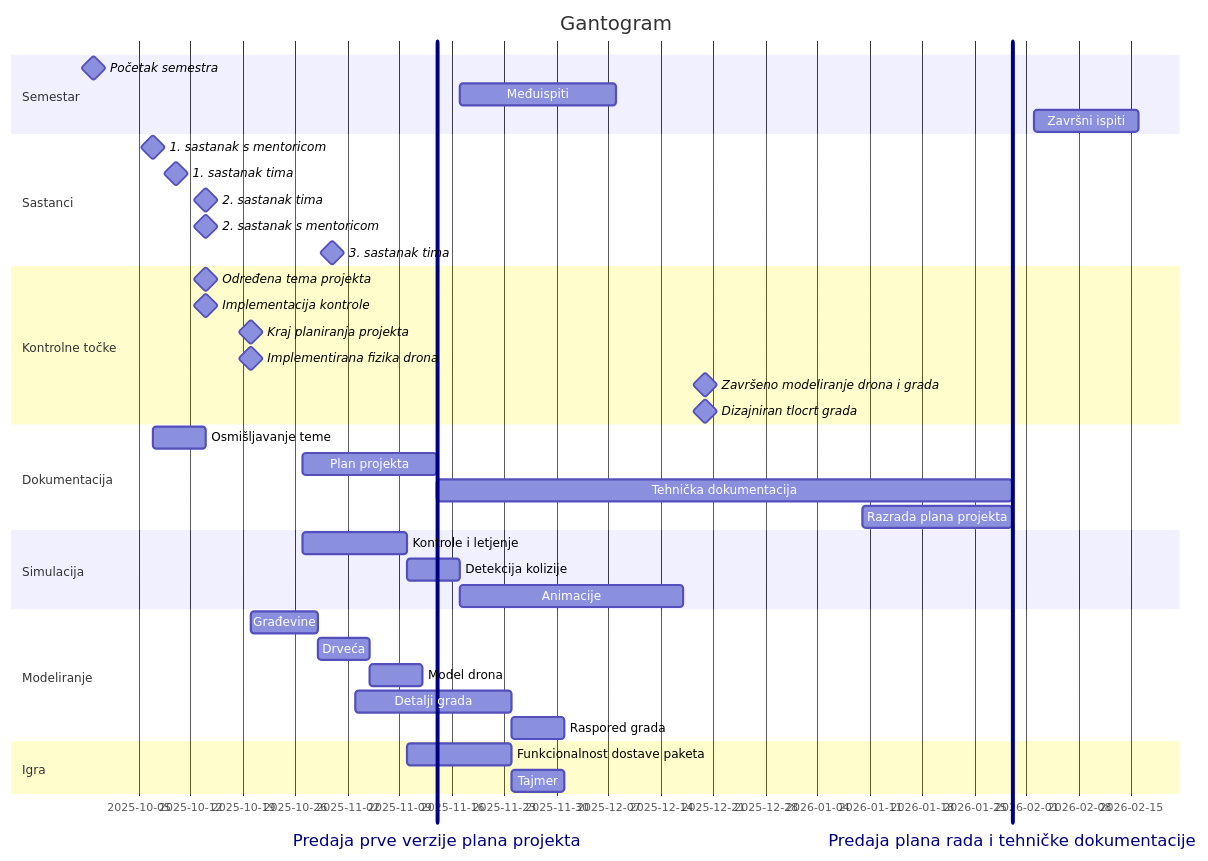
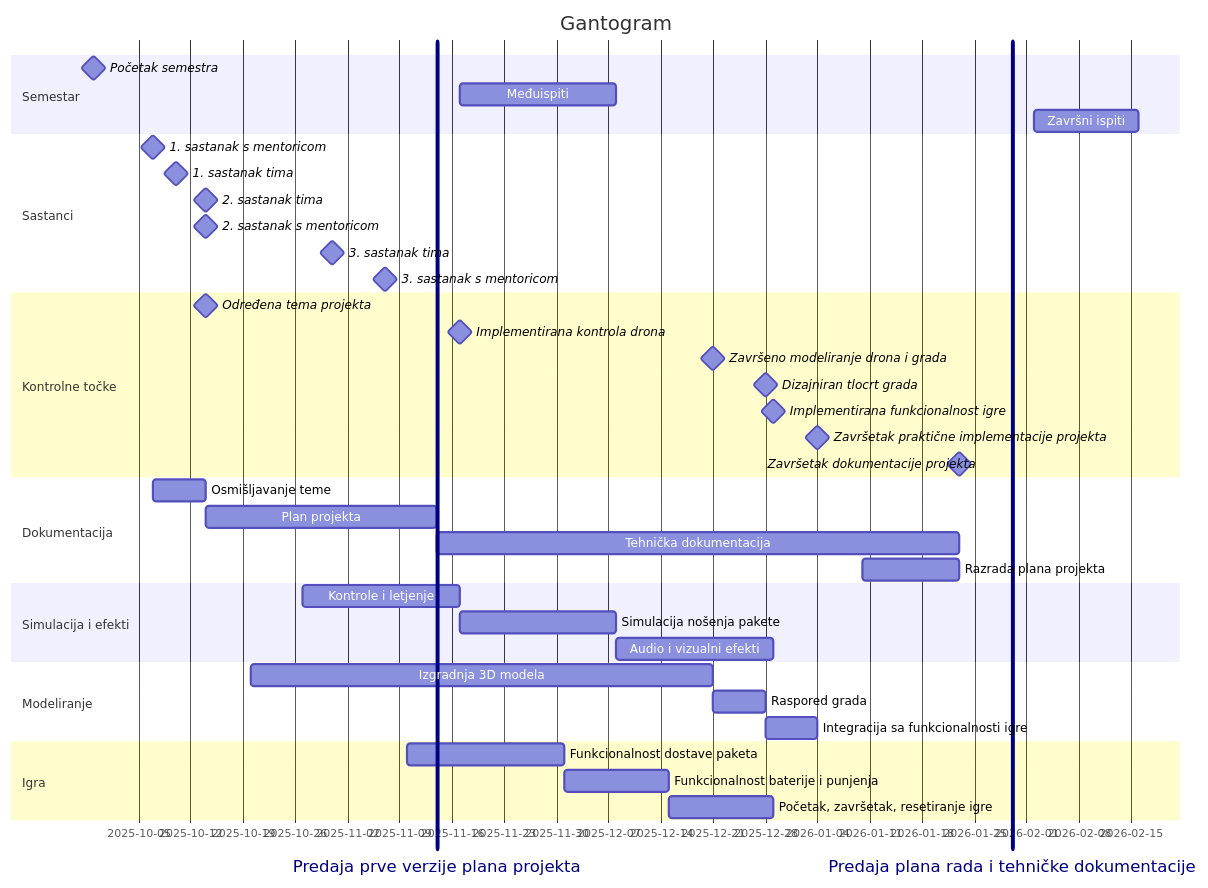
The diagram in docs/README.md (j-ramljak/Dron.co), drawn with Mermaid before and after one commit. The commit also changed other lines of this file and 2 other files, not shown here.

Commit message:
WBS i Gantt dijagram

````diff
--- a/docs/README.md
+++ b/docs/README.md
@@ -54,50 +76,50 @@
 ```mermaid
 gantt
     title Gantogram
     dateFormat DD-MM-YYYY
 
     section Semestar
         Početak semestra                                : milestone, 29-09-2025, 0d
         Predaja prve verzije plana projekta             : vert, rok1, 14-11-2025, 0d
         Međuispiti                                      : mi, 17-11-2025, 21d
         Završni ispiti                                  : zi, 02-02-2026, 14d
         Predaja plana rada i tehničke dokumentacije     : vert, rok2, 30-01-2026, 0d
 
     section Sastanci
         1. sastanak s mentoricom                        : milestone, 07-10-2025, 0d
         1. sastanak tima                                : milestone, 10-10-2025, 0d
         2. sastanak tima                                : milestone, 14-10-2025, 0d
         2. sastanak s mentoricom                        : milestone, 14-10-2025, 0d
         3. sastanak tima                                : milestone, 31-10-2025, 0d
+        3. sastanak s mentoricom                        : milestone, 07-11-2025, 0d
 
     section Kontrolne točke
         Određena tema projekta : milestone, 14-10-2025, 0d
-        Implementacija kontrole : milestone, 
-        Kraj planiranja projekta : milestone, 20-10-2025, 0d
-        Implementirana fizika drona : milestone, 
-        Završeno modeliranje drona i grada : milestone, 20-12-2025, 0d
-        Dizajniran tlocrt grada : milestone, 
+        Implementirana kontrola drona : milestone, after s1, 0d
+        Završeno modeliranje drona i grada : milestone, after m1, 0d
+        Dizajniran tlocrt grada : milestone, after m2, 0d
+        Implementirana funkcionalnost igre : milestone, after i3, 0d
+        Završetak praktične implementacije projekta : milestone, after s3 m3 i3, 0d
+        Završetak dokumentacije projekta : milestone, after d3 d4, 0d
 
 	section Dokumentacija
-		Osmišljavanje teme : 07-10-2025, 7d
-        Plan projekta : 27-10-2025, until rok1
-        Tehnička dokumentacija : after rok1, until rok2
-        Razrada plana projekta : 10-01-2026, until rok2
+		Osmišljavanje teme : d1, 07-10-2025, 7d
+        Plan projekta : d2, 14-10-2025, until rok1
+        Tehnička dokumentacija : d3, after rok1, 23-01-2026
+        Razrada plana projekta : d4, 10-01-2026, 23-01-2026
 
-    section Simulacija
-        Kontrole i letjenje : 27-10-2025, 14d
-        Detekcija kolizije : 7d
-        Animacije : 30d
+    section Simulacija i efekti
+        Kontrole i letjenje : s1, 27-10-2025, 21d
+        Simulacija nošenja pakete : s2, after s1, 21d
+        Audio i vizualni efekti : s3, after s2, 21d
 
     section Modeliranje
-        Građevine                                       : 20-10-2025, 29-10-2025
-        Drveća                                          : 7d
-        Model drona                                     : 7d
-        Detalji grada                                   : 03-11-2025, 21d
-        Raspored grada                                  : 7d
+        Izgradnja 3D modela : m1, 20-10-2025, 21-12-2025
+        Raspored grada : m2, after m1, 7d
+        Integracija sa funkcionalnosti igre: m3, after m2, 7d
 
     section Igra
-        Funkcionalnost dostave paketa                   : 10-11-2025, 14d
-        Tajmer                                          : 7d
-		
+        Funkcionalnost dostave paketa : i1, 10-11-2025, 21d
+        Funkcionalnost baterije i punjenja : i2, after i1, 14d
+        Početak, završetak, resetiranje igre : i3, after i2, 14d
 ```
````
